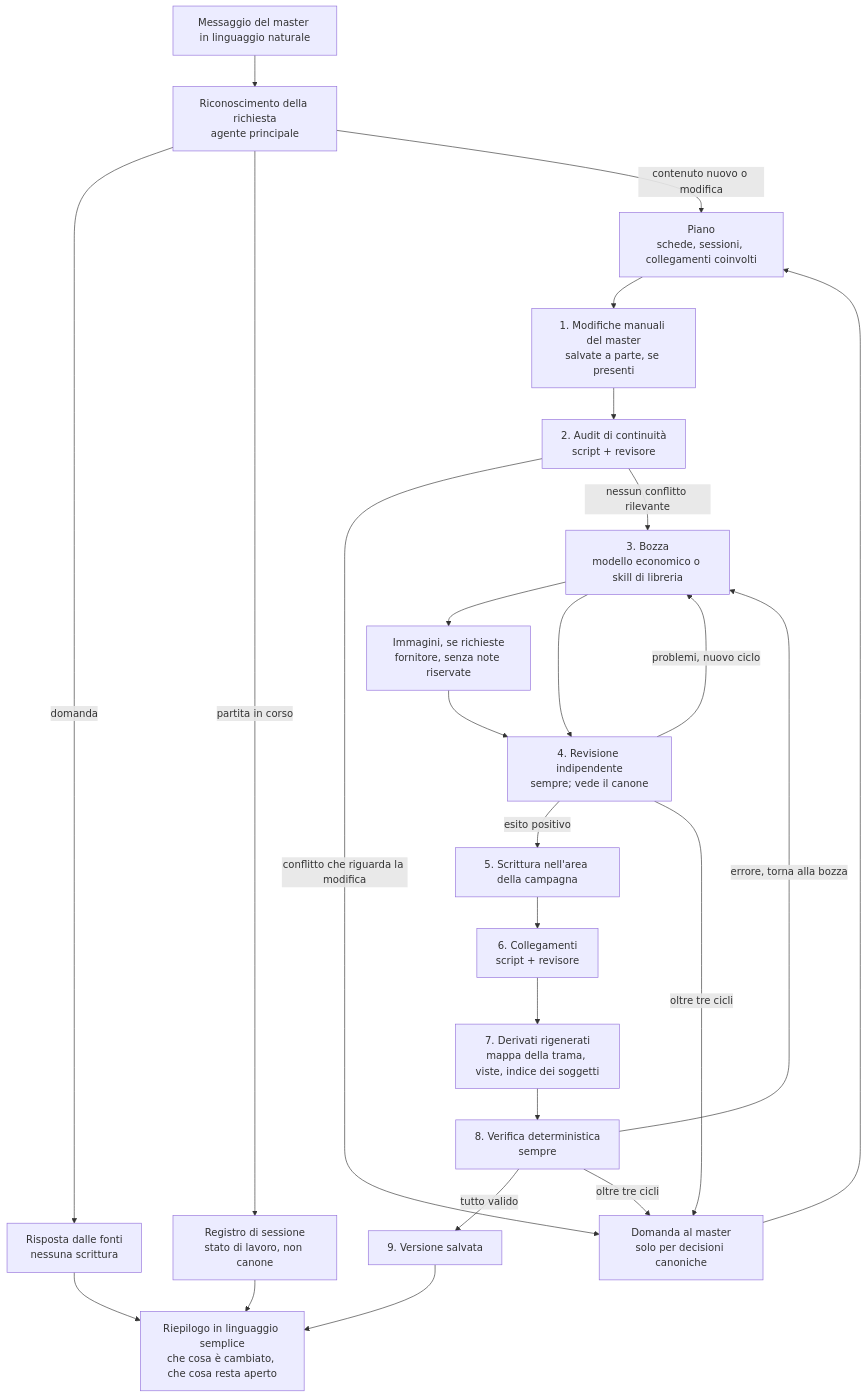
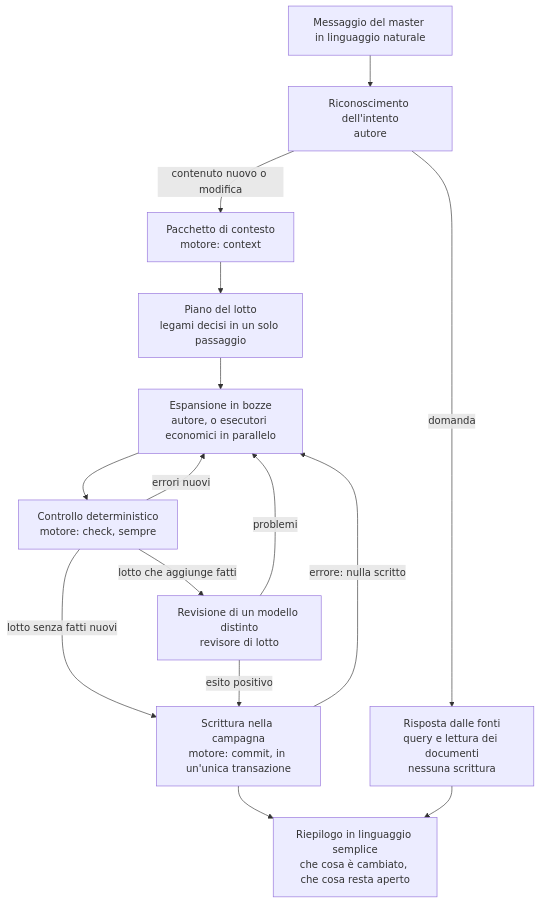
One commit to StefanoVe/yllir changed the diagram in docs/Architettura.md. Above: the diagram before and after it, drawn with Mermaid. The commit also changed other lines of this file and 1 other file, not shown here.

Commit message:
Spec: rewrite principles and architecture after the redesign

````diff
--- a/docs/Architettura.md
+++ b/docs/Architettura.md
@@ -264,27 +254,17 @@
 ```mermaid
 flowchart TD
-    M["Messaggio del master in linguaggio naturale"] --> R["Riconoscimento della richiesta<br/>agente principale"]
-    R -->|domanda| Q["Risposta dalle fonti<br/>nessuna scrittura"]
-    R -->|partita in corso| L["Registro di sessione<br/>stato di lavoro, non canone"]
-    R -->|contenuto nuovo o modifica| P["Piano<br/>schede, sessioni, collegamenti coinvolti"]
-    P --> S1["1. Modifiche manuali del master<br/>salvate a parte, se presenti"]
-    S1 --> S2["2. Audit di continuità<br/>script + revisore"]
-    S2 -->|conflitto che riguarda la modifica| D["Domanda al master<br/>solo per decisioni canoniche"]
-    D --> P
-    S2 -->|nessun conflitto rilevante| B["3. Bozza<br/>modello economico o skill di libreria"]
-    B --> IMG["Immagini, se richieste<br/>fornitore, senza note riservate"]
-    IMG --> RV
-    B --> RV["4. Revisione indipendente<br/>sempre; vede il canone"]
-    RV -->|problemi, nuovo ciclo| B
-    RV -->|esito positivo| W["5. Scrittura nell'area della campagna"]
-    W --> LK["6. Collegamenti<br/>script + revisore"]
-    LK --> IX["7. Derivati rigenerati<br/>mappa della trama, viste, indice dei soggetti"]
-    IX --> V["8. Verifica deterministica<br/>sempre"]
-    V -->|errore, torna alla bozza| B
-    V -->|tutto valido| VS["9. Versione salvata"]
-    RV -->|oltre tre cicli| D
-    V -->|oltre tre cicli| D
-    VS --> S["Riepilogo in linguaggio semplice<br/>che cosa è cambiato, che cosa resta aperto"]
+    M["Messaggio del master in linguaggio naturale"] --> R["Riconoscimento dell'intento<br/>autore"]
+    R -->|domanda| Q["Risposta dalle fonti<br/>query e lettura dei documenti<br/>nessuna scrittura"]
+    R -->|contenuto nuovo o modifica| C["Pacchetto di contesto<br/>motore: context"]
+    C --> P["Piano del lotto<br/>legami decisi in un solo passaggio"]
+    P --> E["Espansione in bozze<br/>autore, o esecutori economici in parallelo"]
+    E --> K["Controllo deterministico<br/>motore: check, sempre"]
+    K -->|errori nuovi| E
+    K -->|lotto che aggiunge fatti| RV["Revisione di un modello distinto<br/>revisore di lotto"]
+    K -->|lotto senza fatti nuovi| CM
+    RV -->|problemi| E
+    RV -->|esito positivo| CM["Scrittura nella campagna<br/>motore: commit, in un'unica transazione"]
+    CM -->|errore: nulla scritto| E
+    CM --> S["Riepilogo in linguaggio semplice<br/>che cosa è cambiato, che cosa resta aperto"]
     Q --> S
-    L --> S
 ```
````
